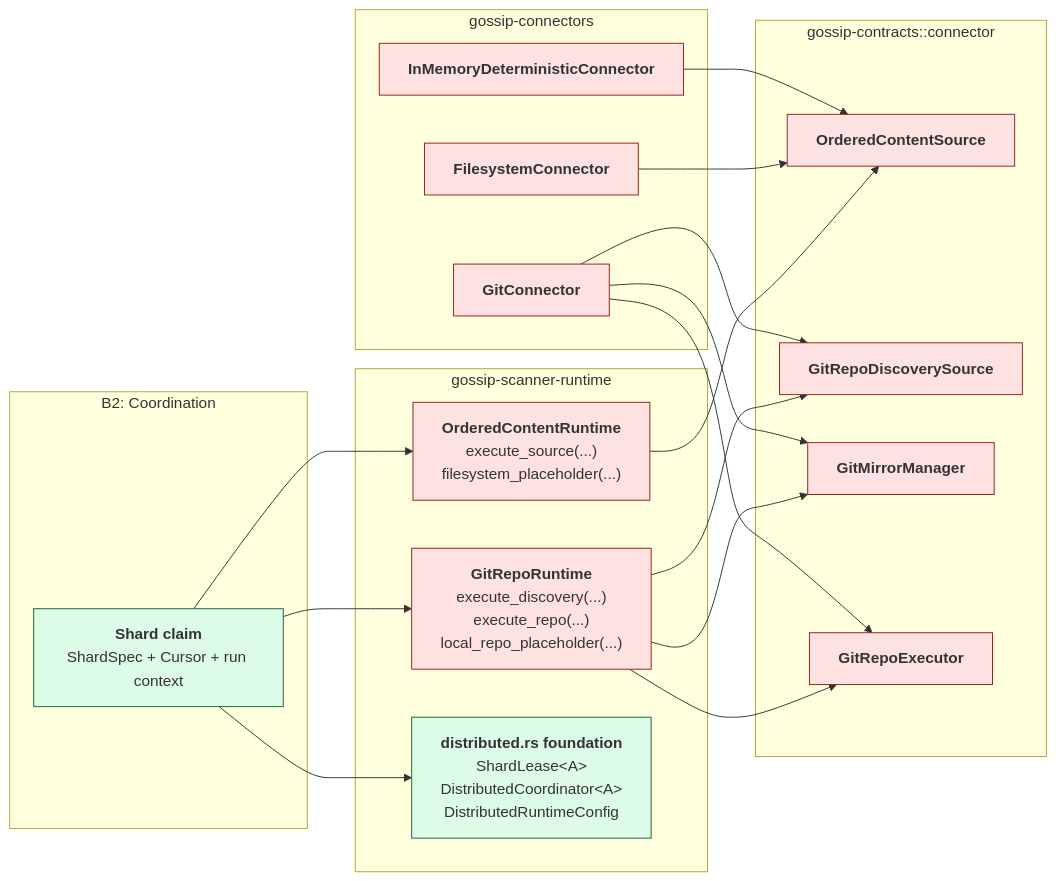
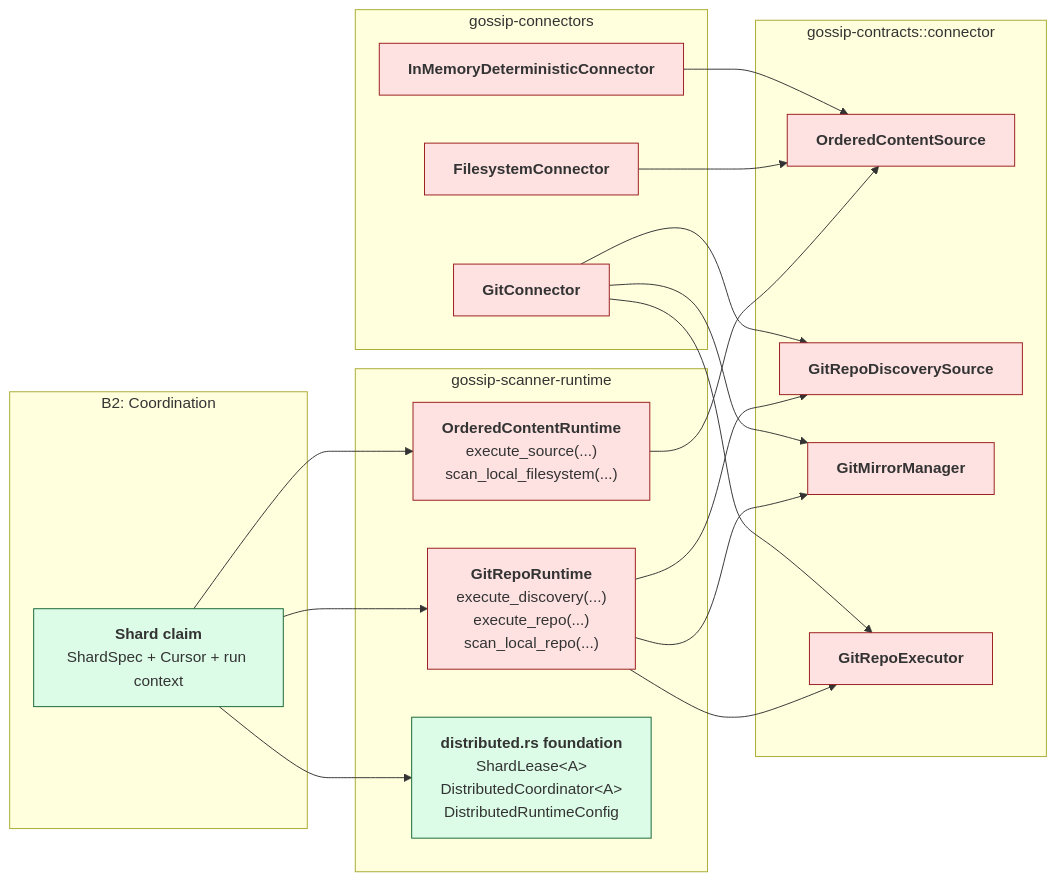
Before and after one commit to ahrav/Gossip-rs: the third of 4 diagrams in diagrams/14-connector-architecture.md, drawn with Mermaid. The commit also changed other lines of this file and 2 other files, not shown here.

````diff
--- a/diagrams/14-connector-architecture.md
+++ b/diagrams/14-connector-architecture.md
@@ -151,53 +151,53 @@
 ```mermaid
 %% Diagram: connector-runtime-family-bridge
 graph LR
     subgraph Coordination["B2: Coordination"]
         CLAIM["<b>Shard claim</b><br/>ShardSpec + Cursor + run context"]
     end
 
     subgraph Runtime["gossip-scanner-runtime"]
-        OCR["<b>OrderedContentRuntime</b><br/>execute_source(...)<br/>filesystem_placeholder(...)"]
-        GRR["<b>GitRepoRuntime</b><br/>execute_discovery(...)<br/>execute_repo(...)<br/>local_repo_placeholder(...)"]
+        OCR["<b>OrderedContentRuntime</b><br/>execute_source(...)<br/>scan_local_filesystem(...)"]
+        GRR["<b>GitRepoRuntime</b><br/>execute_discovery(...)<br/>execute_repo(...)<br/>scan_local_repo(...)"]
         DRT["<b>distributed.rs foundation</b><br/>ShardLease&lt;A&gt;<br/>DistributedCoordinator&lt;A&gt;<br/>DistributedRuntimeConfig"]
     end
 
     subgraph Contracts["gossip-contracts::connector"]
         OCS["<b>OrderedContentSource</b>"]
         GDS["<b>GitRepoDiscoverySource</b>"]
         GMM["<b>GitMirrorManager</b>"]
         GRE["<b>GitRepoExecutor</b>"]
     end
 
     subgraph Sources["gossip-connectors"]
         FSC["<b>FilesystemConnector</b>"]
         GTC["<b>GitConnector</b>"]
         IMC["<b>InMemoryDeterministicConnector</b>"]
     end
 
     CLAIM --> OCR
     CLAIM --> GRR
     CLAIM --> DRT
 
     OCR --> OCS
     GRR --> GDS
     GRR --> GMM
     GRR --> GRE
 
     FSC --> OCS
     IMC --> OCS
     GTC --> GDS
     GTC --> GMM
     GTC --> GRE
 
     style CLAIM fill:#DCFCE7,stroke:#166534
     style OCR fill:#FEE2E2,stroke:#991B1B
     style GRR fill:#FEE2E2,stroke:#991B1B
     style DRT fill:#DCFCE7,stroke:#166534
     style OCS fill:#FEE2E2,stroke:#991B1B
     style GDS fill:#FEE2E2,stroke:#991B1B
     style GMM fill:#FEE2E2,stroke:#991B1B
     style GRE fill:#FEE2E2,stroke:#991B1B
     style FSC fill:#FEE2E2,stroke:#991B1B
     style GTC fill:#FEE2E2,stroke:#991B1B
     style IMC fill:#FEE2E2,stroke:#991B1B
 ```
````
